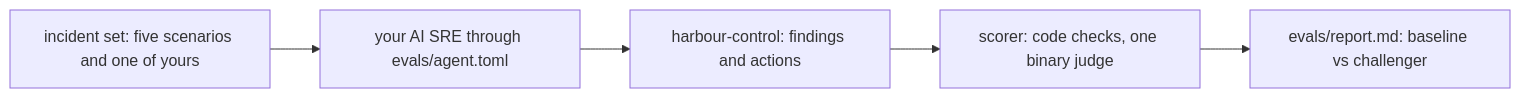
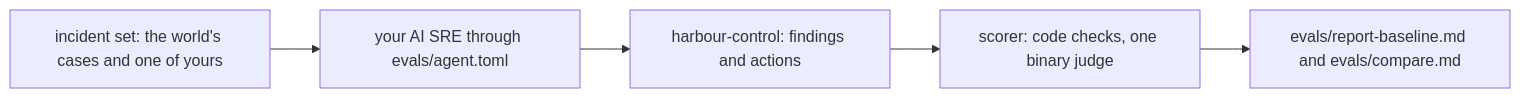
One commit to learnwithparam/ai-sre changed the diagram in parts/07-prove-the-ai-sre-right/README.md. Above: the diagram before and after it, drawn with Mermaid. The commit also changed other lines of this file and 271 other files, not shown here.

````diff
--- a/parts/07-prove-the-ai-sre-right/README.md
+++ b/parts/07-prove-the-ai-sre-right/README.md
@@ -33,7 +33,7 @@
 ```mermaid
 flowchart LR
-  S[incident set: five scenarios and one of yours] --> A[your AI SRE through evals/agent.toml]
+  S[incident set: the world's cases and one of yours] --> A[your AI SRE through evals/agent.toml]
   A --> H[harbour-control: findings and actions]
   H --> C[scorer: code checks, one binary judge]
-  C --> R[evals/report.md: baseline vs challenger]
+  C --> R[evals/report-baseline.md and evals/compare.md]
 ```
````
